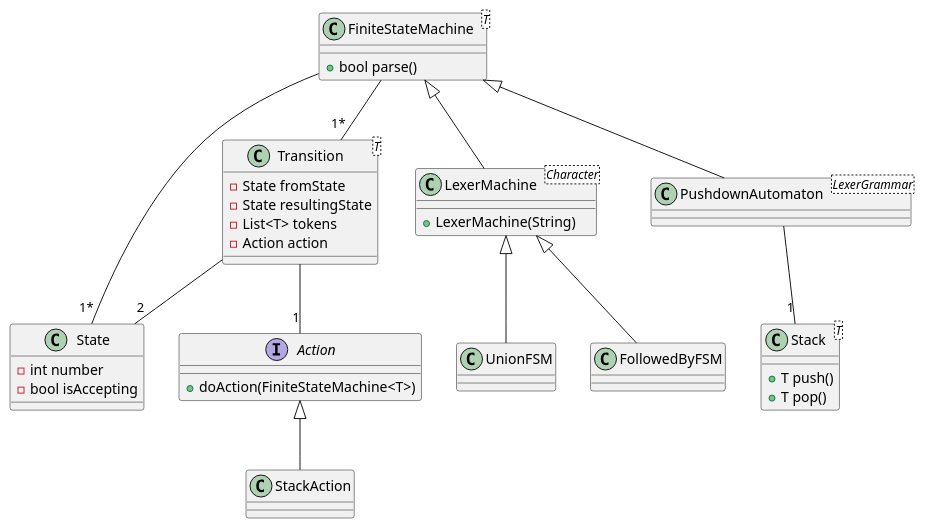
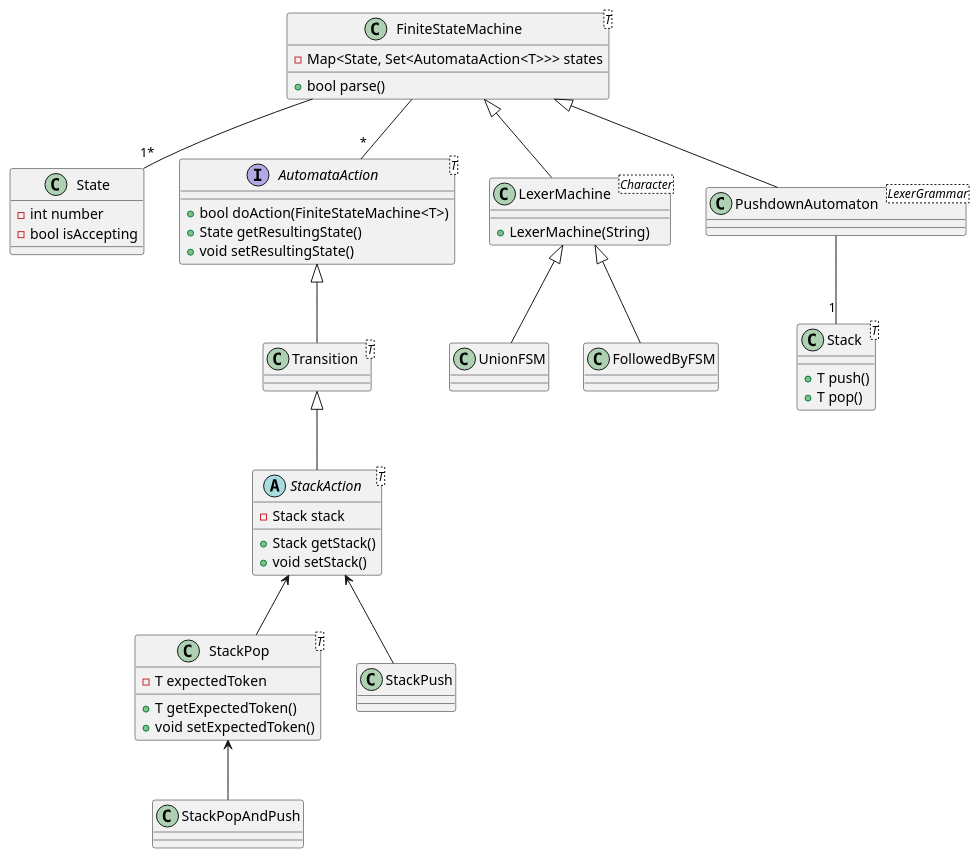
One commit to DomParfitt/tortuga changed the diagram in core/src/main/resources/Tortuga.puml. Above: the diagram before and after it, drawn with PlantUML.

Commit message:
Updated class UML

```diff
--- a/core/src/main/resources/Tortuga.puml
+++ b/core/src/main/resources/Tortuga.puml
@@ -1,59 +1,68 @@
 @startuml
 
 class FiniteStateMachine<T> {
+    -Map<State, Set<AutomataAction<T>>> states
     +bool parse()
-}
-
-class Transition<T> {
-    -State fromState
-    -State resultingState
-    -List<T> tokens
-    -Action action
-
 }
 
 class State {
     - int number
     - bool isAccepting
 }
 
-interface Action {
-    +doAction(FiniteStateMachine<T>)
+interface AutomataAction<T> {
+    +bool doAction(FiniteStateMachine<T>)
+    +State getResultingState()
+    +void setResultingState()
 }
 
 
 class LexerMachine<Character> {
     +LexerMachine(String)
 }
 
 class UnionFSM
 
 class FollowedByFSM
 
 class PushdownAutomaton<LexerGrammar>
 
 class Stack<T> {
     +T push()
     +T pop()
 }
 
-class StackAction {
+class Transition<T> {
+
+}
+
+abstract class StackAction<T> {
+    -Stack stack
+    +Stack getStack()
+    +void setStack()
+}
+
+class StackPop<T> {
+    -T expectedToken
+    +T getExpectedToken()
+    +void setExpectedToken()
 }
 
 FiniteStateMachine <|-- LexerMachine
 FiniteStateMachine <|-- PushdownAutomaton
 
 LexerMachine <|-- UnionFSM
 LexerMachine <|-- FollowedByFSM
 
-FiniteStateMachine -- "1*" Transition
 FiniteStateMachine -- "1*" State
-
-Transition -- "2" State
-Transition -- "1" Action
+FiniteStateMachine -- "*" AutomataAction
 
 PushdownAutomaton -- "1" Stack
 
-Action <|-- StackAction
+AutomataAction <|-- Transition
+Transition <|-- StackAction
+StackAction <-- StackPush
+StackAction <-- StackPop
+StackPop <-- StackPopAndPush
 
 @enduml
```
